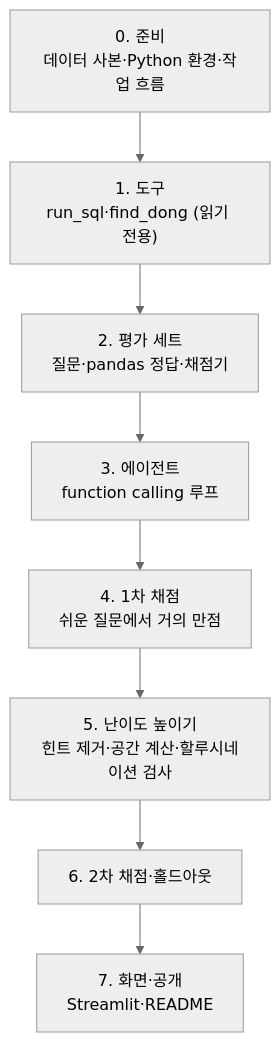
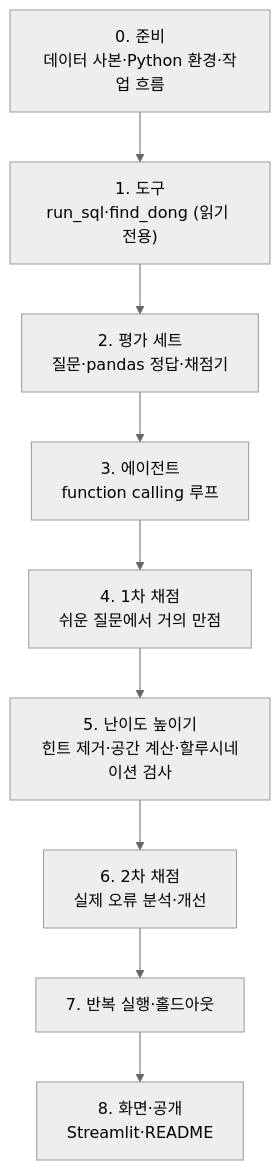
Before and after one commit to KimInSeok-DA/DA_GIS_Query_Agent: the diagram in docs/진행_과정.md, drawn with Mermaid (neutral theme). The commit also changed other lines of this file and 6 other files, not shown here.

````diff
--- a/docs/진행_과정.md
+++ b/docs/진행_과정.md
@@ -11,10 +11,11 @@
 ```mermaid
 flowchart TD
     A["0. 준비<br/>데이터 사본·Python 환경·작업 흐름"] --> B["1. 도구<br/>run_sql·find_dong (읽기 전용)"]
     B --> C["2. 평가 세트<br/>질문·pandas 정답·채점기"]
     C --> D["3. 에이전트<br/>function calling 루프"]
     D --> E["4. 1차 채점<br/>쉬운 질문에서 거의 만점"]
     E --> G["5. 난이도 높이기<br/>힌트 제거·공간 계산·할루시네이션 검사"]
-    G --> H["6. 2차 채점·홀드아웃"]
-    H --> F["7. 화면·공개<br/>Streamlit·README"]
+    G --> H["6. 2차 채점<br/>실제 오류 분석·개선"]
+    H --> I["7. 반복 실행·홀드아웃"]
+    I --> F["8. 화면·공개<br/>Streamlit·README"]
 ```
````
